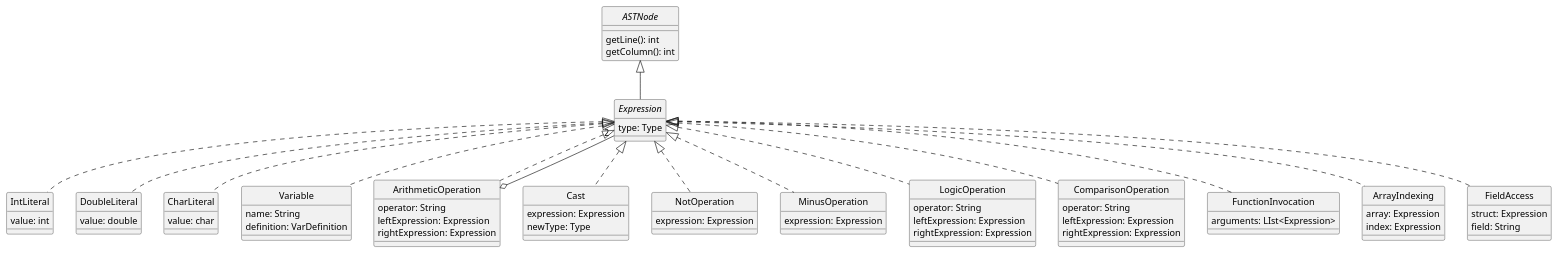
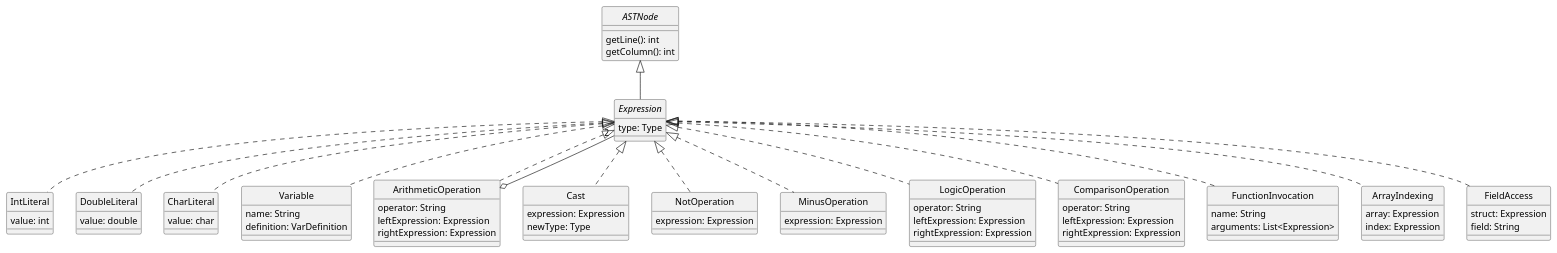
Before and after one commit to DavidGonzalezFernandez/dlp-compiler: the diagram in docs/diagrams/expressions.plantuml, drawn with PlantUML.

Commit message:
Añado el atributo nombre a FunctionInvocation

```diff
--- a/docs/diagrams/expressions.plantuml
+++ b/docs/diagrams/expressions.plantuml
@@ -1,114 +1,115 @@
 @startuml Expressions
 skinparam style strictuml
 skinparam monochrome true
 
 
 interface ASTNode {
     getLine(): int
     getColumn(): int
 }
 
 interface Expression {
     type: Type
 }
 ASTNode <|-- Expression
 
 
 class IntLiteral {
     value: int
 }
 Expression <|.. IntLiteral
 
 
 class DoubleLiteral {
     value: double
 }
 Expression <|.. DoubleLiteral
 
 
 class CharLiteral {
     value: char
 }
 Expression <|.. CharLiteral
 
 
 class Variable {
     name: String
     definition: VarDefinition
 }
 Expression <|.. Variable
 
 
 class ArithmeticOperation {
     operator: String
     leftExpression: Expression
     rightExpression: Expression
 }
 Expression <|.. ArithmeticOperation
 ArithmeticOperation o-- "2" Expression
 
 
 ' La conversión explícita a tipos simples se podrá realizar usando la palabra clave as
 class Cast {
     expression: Expression
     newType: Type   /'Tiene que ser de tipo simple'/
 }
 Expression <|.. Cast
 
 
 ' Las operaciones NOT y MINUS no se ponen en la misma clase
 class NotOperation {
     ' No necesita especificar el operador
     expression: Expression
 }
 Expression <|.. NotOperation
 
 
 class MinusOperation {
     ' No necesita especificar el operador
     expression: Expression
 }
 Expression <|.. MinusOperation
 
 
 ' Operaciones de comparación y lógicas no son iguales
 class LogicOperation {
     operator: String
     leftExpression: Expression
     rightExpression: Expression
 }
 Expression <|.. LogicOperation
 
 
 class ComparisonOperation {
     operator: String
     leftExpression: Expression
     rightExpression: Expression
 }
 Expression <|.. ComparisonOperation
 
 
 ' Una función puede no devolver nada, tiene tipo de retorno Void
 ' Se puede invocar a una función y no almacenar lo que devuelve
 ' Sea como sea, devuelve algo, así que es una expresión
 class FunctionInvocation {
-    arguments: LIst<Expression>
+    name: String
+    arguments: List<Expression>
 }
 Expression <|.. FunctionInvocation
 
 
 class ArrayIndexing {
     array: Expression       /'TODO qué tipo es'/
     index: Expression
 }
 Expression <|.. ArrayIndexing
 
 
 class FieldAccess {
     struct: Expression      /'TODO qué tipo es'/
     field: String
 }
 Expression <|.. FieldAccess
 
 
 @enduml
```
